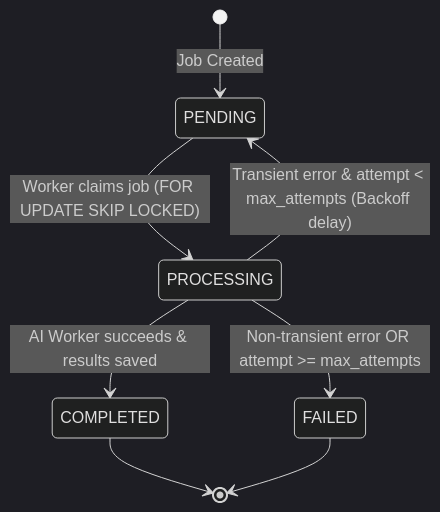
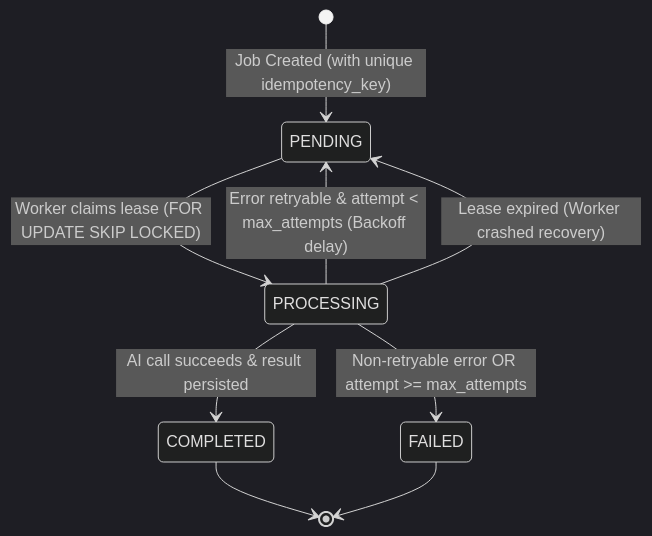
Before and after one commit to vietkhang06/se347_smart_recruitment_platform: the third of 3 diagrams in docs/PHASE3_DESIGN.md, drawn with Mermaid (dark theme). The commit also changed other lines of this file, not shown here.

Commit message:
docs(phase3): refine Phase 3 design with V1 immutability, V2 team schema, and SHA-256 test provider

````diff
--- a/docs/PHASE3_DESIGN.md
+++ b/docs/PHASE3_DESIGN.md
@@ -515,10 +189,11 @@
 ```mermaid
 stateDiagram-v2
-    [*] --> PENDING: Job Created
-    PENDING --> PROCESSING: Worker claims job (FOR UPDATE SKIP LOCKED)
-    PROCESSING --> COMPLETED: AI Worker succeeds & results saved
-    PROCESSING --> PENDING: Transient error & attempt < max_attempts (Backoff delay)
-    PROCESSING --> FAILED: Non-transient error OR attempt >= max_attempts
+    [*] --> PENDING: Job Created (with unique idempotency_key)
+    PENDING --> PROCESSING: Worker claims lease (FOR UPDATE SKIP LOCKED)
+    PROCESSING --> COMPLETED: AI call succeeds & result persisted
+    PROCESSING --> PENDING: Error retryable & attempt < max_attempts (Backoff delay)
+    PROCESSING --> FAILED: Non-retryable error OR attempt >= max_attempts
+    PROCESSING --> PENDING: Lease expired (Worker crashed recovery)
     COMPLETED --> [*]
     FAILED --> [*]
 ```
````
